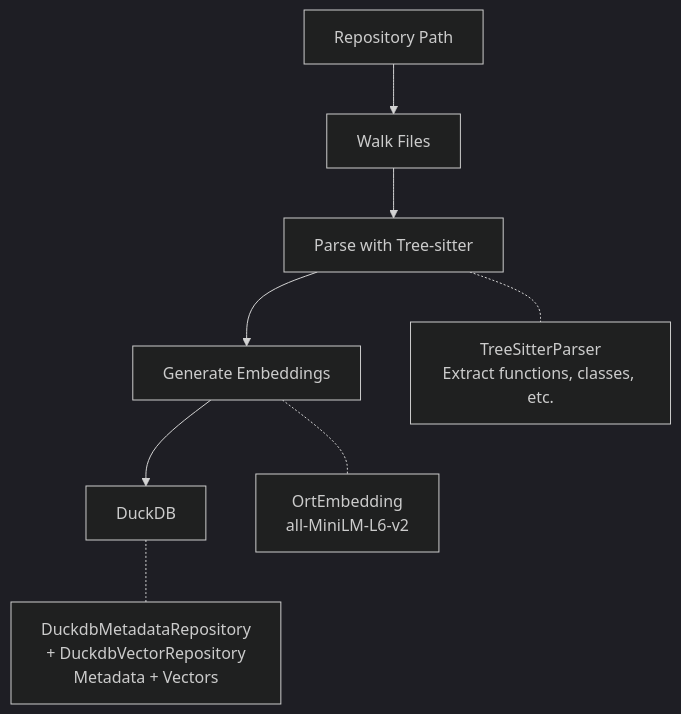
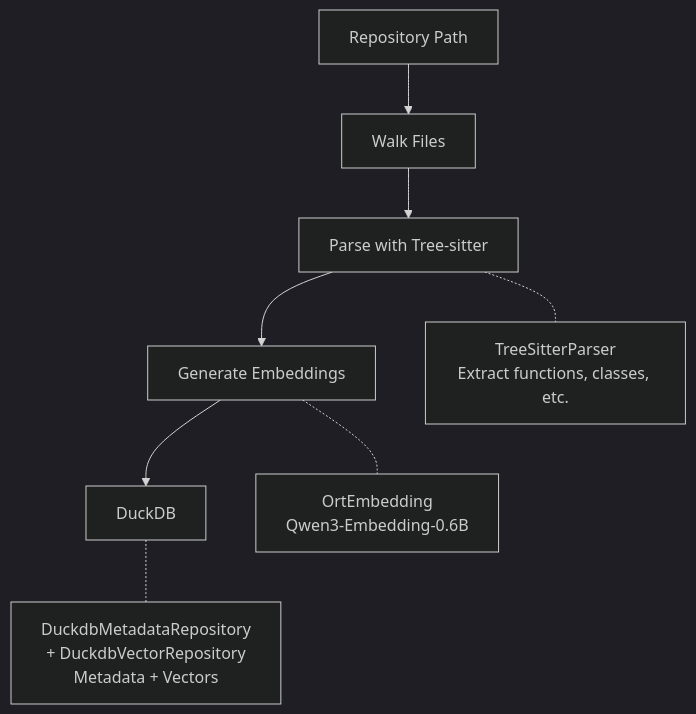
One commit to ArtemisMucaj/codesearch changed the second of 3 diagrams in docs/architecture/overview.md. Above: the diagram before and after it, drawn with Mermaid (dark theme). The commit also changed 14 other files, not shown here.

````diff
--- a/docs/architecture/overview.md
+++ b/docs/architecture/overview.md
@@ -121,11 +121,11 @@
 ```mermaid
 flowchart TB
     A[Repository Path] --> B[Walk Files]
     B --> C[Parse with Tree-sitter]
     C --> D[Generate Embeddings]
     D --> E[DuckDB]
 
     C -.- C1[TreeSitterParser<br/>Extract functions, classes, etc.]
-    D -.- D1[OrtEmbedding<br/>all-MiniLM-L6-v2]
+    D -.- D1[OrtEmbedding<br/>Qwen3-Embedding-0.6B]
     E -.- E1[DuckdbMetadataRepository<br/>+ DuckdbVectorRepository<br/>Metadata + Vectors]
 ```
````
